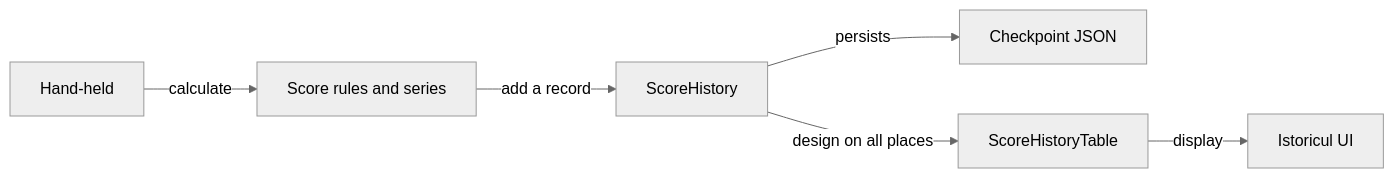
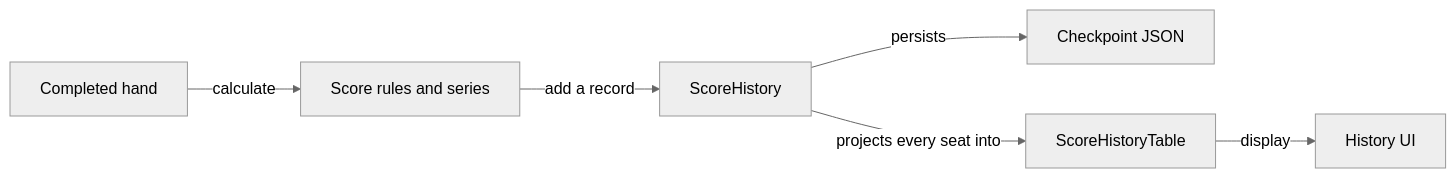
One commit to crististefanita/atf_j4 changed the diagram in docs/game/ATF_ScoreHistory.md. Above: the diagram before and after it, drawn with Mermaid (neutral theme). The commit also changed other lines of this file and 126 other files, not shown here.

````diff
--- a/docs/game/ATF_ScoreHistory.md
+++ b/docs/game/ATF_ScoreHistory.md
@@ -15,8 +15,8 @@
 ```mermaid
 flowchart LR
-    END[Hand-held] -->|calculate| SCORE[Score rules and series]
+    END[Completed hand] -->|calculate| SCORE[Score rules and series]
     SCORE -->|add a record| HISTORY[ScoreHistory]
     HISTORY -->|persists| STORE[Checkpoint JSON]
-    HISTORY -->|design on all places| COLUMN[ScoreHistoryTable]
-    COLUMN -->|display| VIEW[Istoricul UI]
+    HISTORY -->|projects every seat into| COLUMN[ScoreHistoryTable]
+    COLUMN -->|display| VIEW[History UI]
 ```
````
